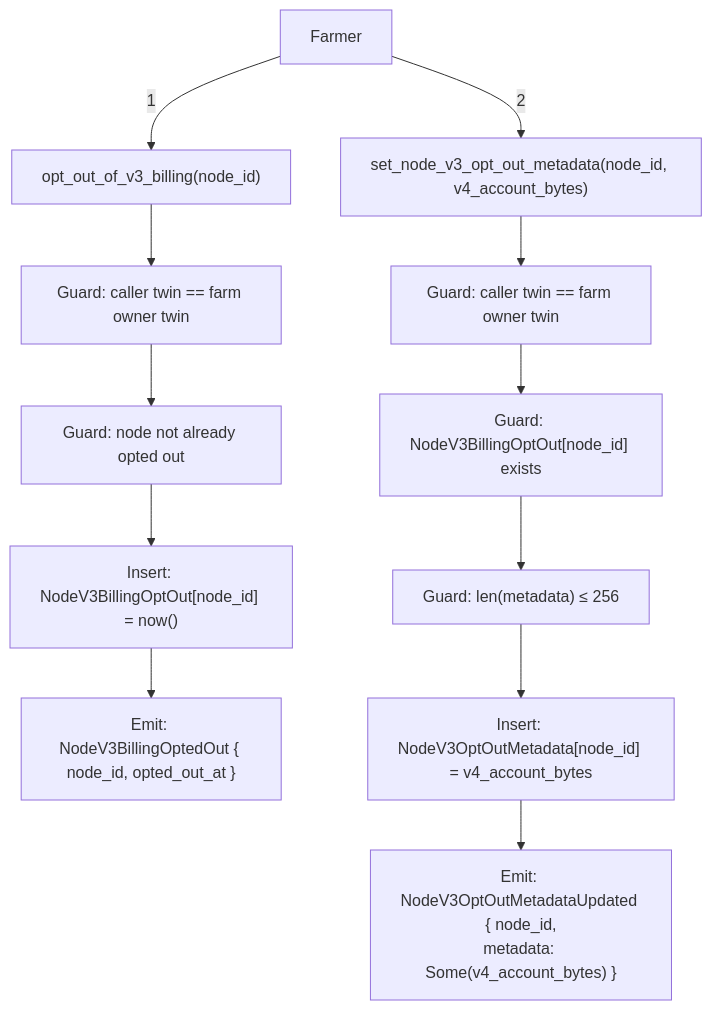
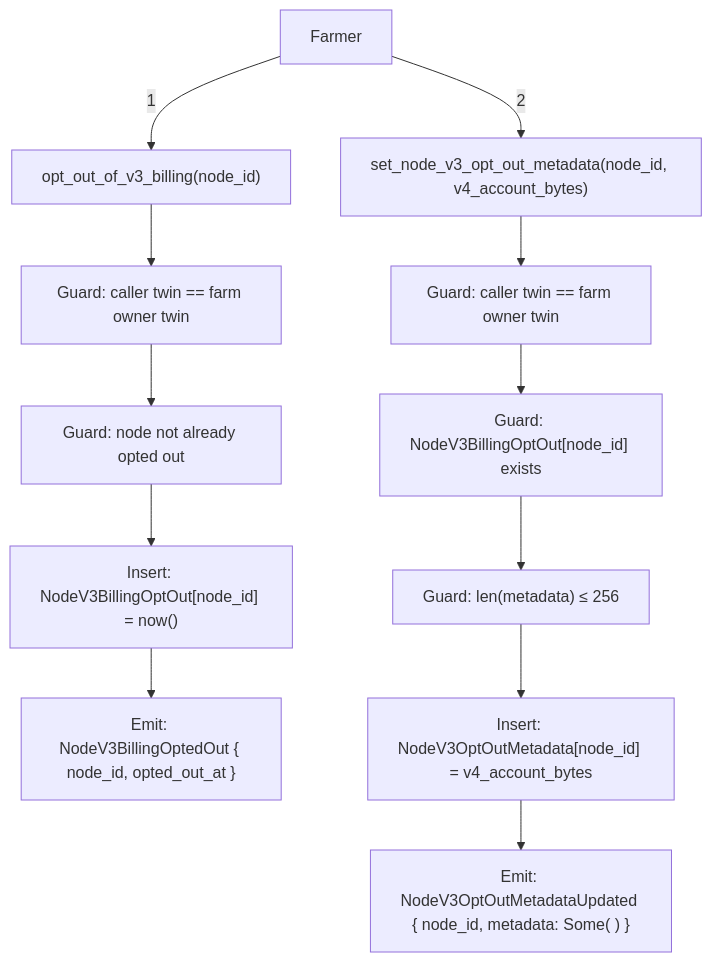
Before and after one commit to threefoldtech/tfchain: the first of 2 diagrams in docs/architecture/0026-v3-node-opt-out-metadata.md, drawn with Mermaid.

Commit message:
docs: fix codacy

````diff
--- a/docs/architecture/0026-v3-node-opt-out-metadata.md
+++ b/docs/architecture/0026-v3-node-opt-out-metadata.md
@@ -109,15 +109,15 @@
 ```mermaid
 graph TD
     A["Farmer"] -->|1| B["opt_out_of_v3_billing(node_id)"]
     B --> C["Guard: caller twin == farm owner twin"]
     C --> D["Guard: node not already opted out"]
     D --> E["Insert: NodeV3BillingOptOut[node_id] = now()"]
     E --> F["Emit: NodeV3BillingOptedOut { node_id, opted_out_at }"]
     
     A -->|2| G["set_node_v3_opt_out_metadata(node_id, v4_account_bytes)"]
     G --> H["Guard: caller twin == farm owner twin"]
     H --> I["Guard: NodeV3BillingOptOut[node_id] exists"]
     I --> J["Guard: len(metadata) ≤ 256"]
     J --> K["Insert: NodeV3OptOutMetadata[node_id] = v4_account_bytes"]
-    K --> L["Emit: NodeV3OptOutMetadataUpdated { node_id,<br/>metadata: Some(v4_account_bytes) }"]
+    K --> L["Emit: NodeV3OptOutMetadataUpdated { node_id, metadata: Some( ) }"]
 ```
````
